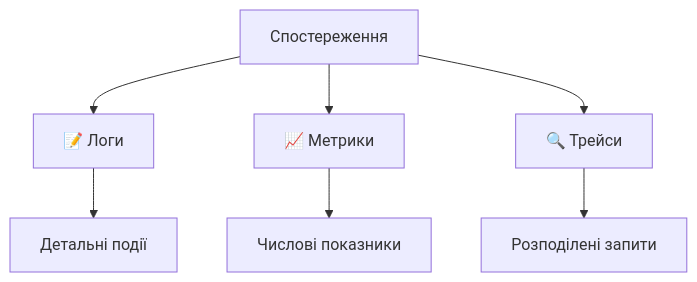
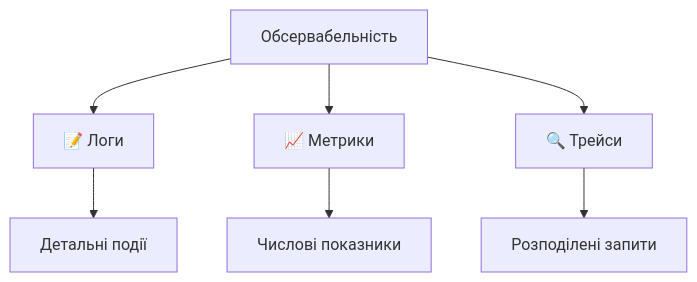
The sixth of 11 diagrams in presentations/presentation-13.md (olroi421/course-opi-v2), drawn with Mermaid before and after one commit. The commit also changed other lines of this file and 9 other files, not shown here.

````diff
--- a/presentations/presentation-13.md
+++ b/presentations/presentation-13.md
@@ -256,10 +291,10 @@
 ```mermaid
 graph TB
-    A[Спостереження] --> B[📝 Логи]
+    A[Обсервабельність] --> B[📝 Логи]
     A --> C[📈 Метрики]
     A --> D[🔍 Трейси]
 
     B --> E[Детальні події]
     C --> F[Числові показники]
     D --> G[Розподілені запити]
 ```
````
